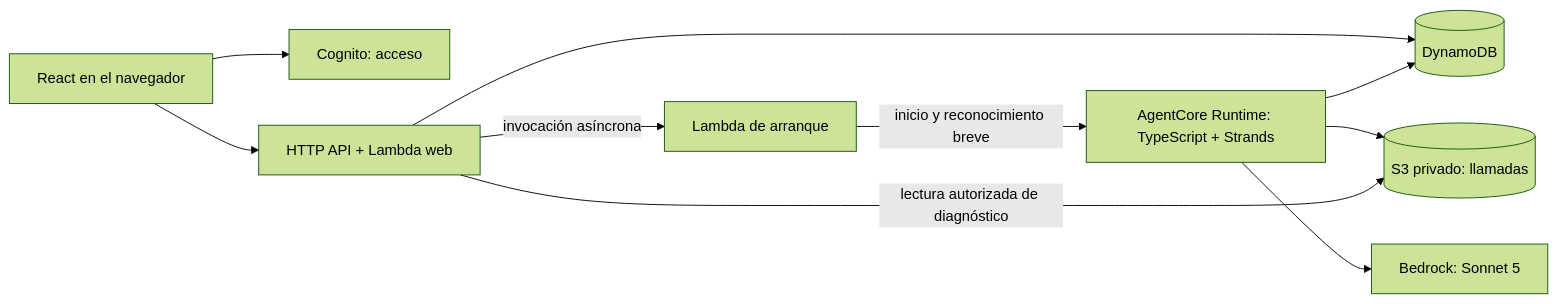
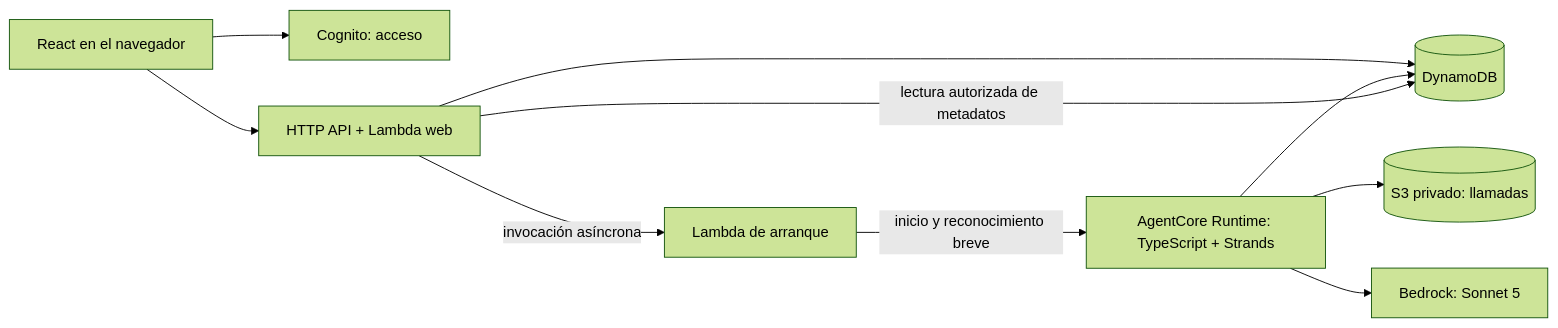
The diagram in docs/architecture/ejecucion.md (guilleojeda/prompt-runner-game), drawn with Mermaid (forest theme) before and after one commit. The commit also changed other lines of this file and 58 other files, not shown here.

````diff
--- a/docs/architecture/ejecucion.md
+++ b/docs/architecture/ejecucion.md
@@ -7,12 +7,12 @@
 ```mermaid
 flowchart LR
   U[React en el navegador] --> C[Cognito: acceso]
   U --> W[HTTP API + Lambda web]
   W --> D[(DynamoDB)]
   W -->|invocación asíncrona| L[Lambda de arranque]
   L -->|inicio y reconocimiento breve| R[AgentCore Runtime: TypeScript + Strands]
   R --> D
   R --> S[(S3 privado: llamadas)]
   R --> B[Bedrock: Sonnet 5]
-  W -->|lectura autorizada de diagnóstico| S
+  W -->|lectura autorizada de metadatos| D
 ```
````
